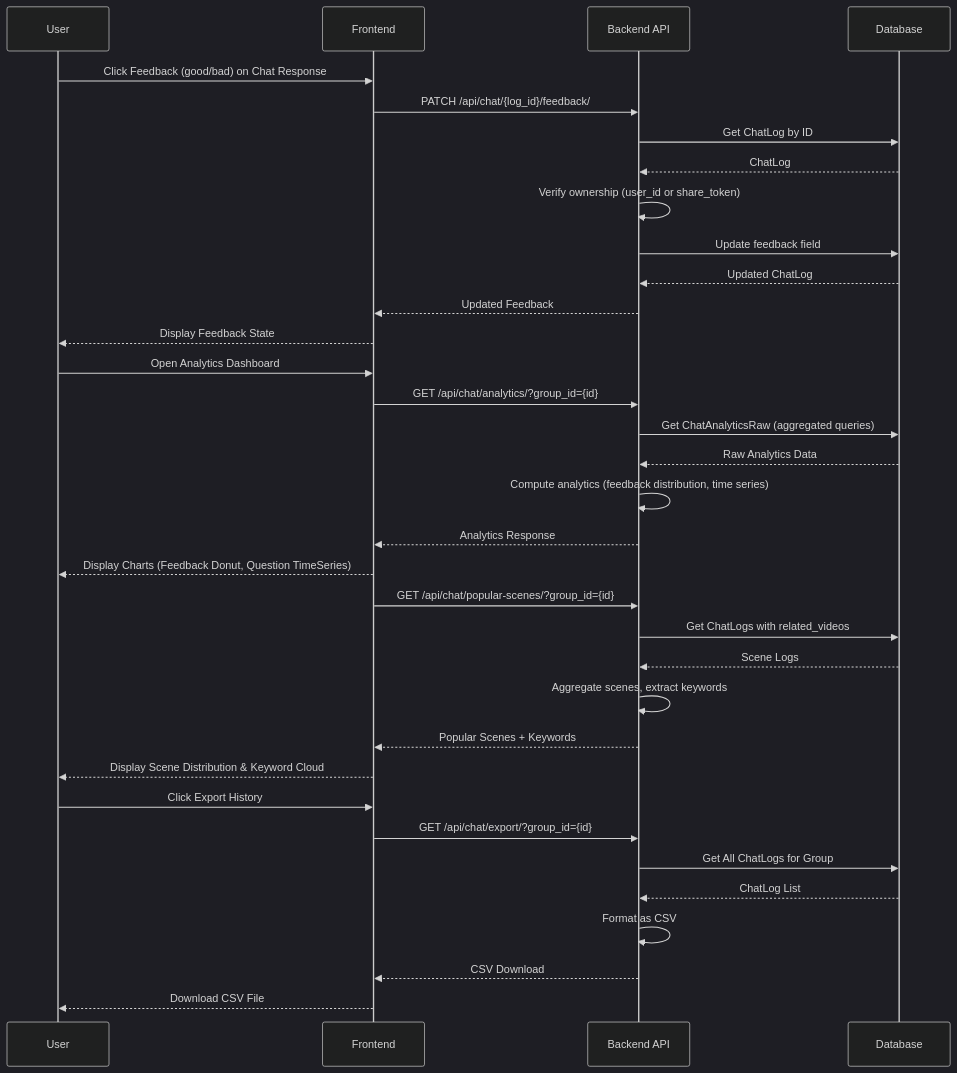
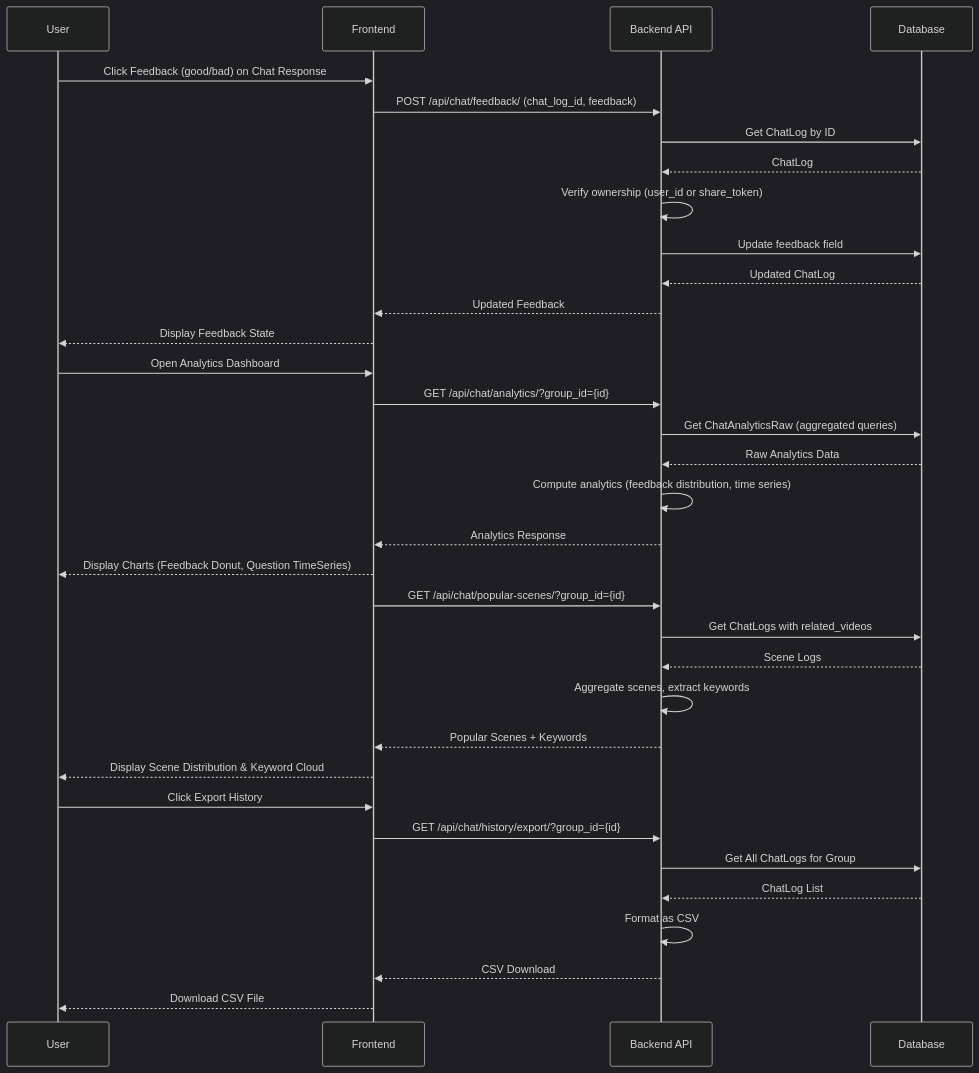
Diagram 11 of 11 in docs/design/sequence-diagram.md (yukiharada1228/videoq), drawn with Mermaid (dark theme) before and after one commit. The commit also changed other lines of this file and 5 other files, not shown here.

Commit message:
docs: align diagrams with current API behavior

````diff
--- a/docs/design/sequence-diagram.md
+++ b/docs/design/sequence-diagram.md
@@ -395,44 +395,44 @@
 ```mermaid
 sequenceDiagram
     participant User as User
     participant Frontend as Frontend
     participant Backend as Backend API
     participant DB as Database
 
     %% Submit Feedback
     User->>Frontend: Click Feedback (good/bad) on Chat Response
-    Frontend->>Backend: PATCH /api/chat/{log_id}/feedback/
+    Frontend->>Backend: POST /api/chat/feedback/ (chat_log_id, feedback)
     Backend->>DB: Get ChatLog by ID
     DB-->>Backend: ChatLog
     Backend->>Backend: Verify ownership (user_id or share_token)
     Backend->>DB: Update feedback field
     DB-->>Backend: Updated ChatLog
     Backend-->>Frontend: Updated Feedback
     Frontend-->>User: Display Feedback State
 
     %% View Analytics
     User->>Frontend: Open Analytics Dashboard
     Frontend->>Backend: GET /api/chat/analytics/?group_id={id}
     Backend->>DB: Get ChatAnalyticsRaw (aggregated queries)
     DB-->>Backend: Raw Analytics Data
     Backend->>Backend: Compute analytics (feedback distribution, time series)
     Backend-->>Frontend: Analytics Response
     Frontend-->>User: Display Charts (Feedback Donut, Question TimeSeries)
 
     %% View Popular Scenes
     Frontend->>Backend: GET /api/chat/popular-scenes/?group_id={id}
     Backend->>DB: Get ChatLogs with related_videos
     DB-->>Backend: Scene Logs
     Backend->>Backend: Aggregate scenes, extract keywords
     Backend-->>Frontend: Popular Scenes + Keywords
     Frontend-->>User: Display Scene Distribution & Keyword Cloud
 
     %% Export History
     User->>Frontend: Click Export History
-    Frontend->>Backend: GET /api/chat/export/?group_id={id}
+    Frontend->>Backend: GET /api/chat/history/export/?group_id={id}
     Backend->>DB: Get All ChatLogs for Group
     DB-->>Backend: ChatLog List
     Backend->>Backend: Format as CSV
     Backend-->>Frontend: CSV Download
     Frontend-->>User: Download CSV File
 ```
````
